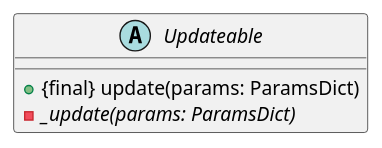
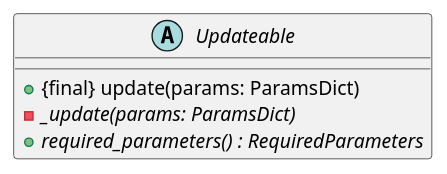
The diagram in docs/diagrams/updateable_frag.iuml (LSSTDESC/firecrown), drawn with PlantUML before and after one commit. The commit also changed 6 other files, not shown here.

Commit message:
Add required_parameters to Updateable

```diff
--- a/docs/diagrams/updateable_frag.iuml
+++ b/docs/diagrams/updateable_frag.iuml
@@ -1,4 +1,5 @@
 abstract class Updateable {
   + {final} update(params: ParamsDict)
   - {abstract} _update(params: ParamsDict)
+  + {abstract} required_parameters() : RequiredParameters
 }
```
